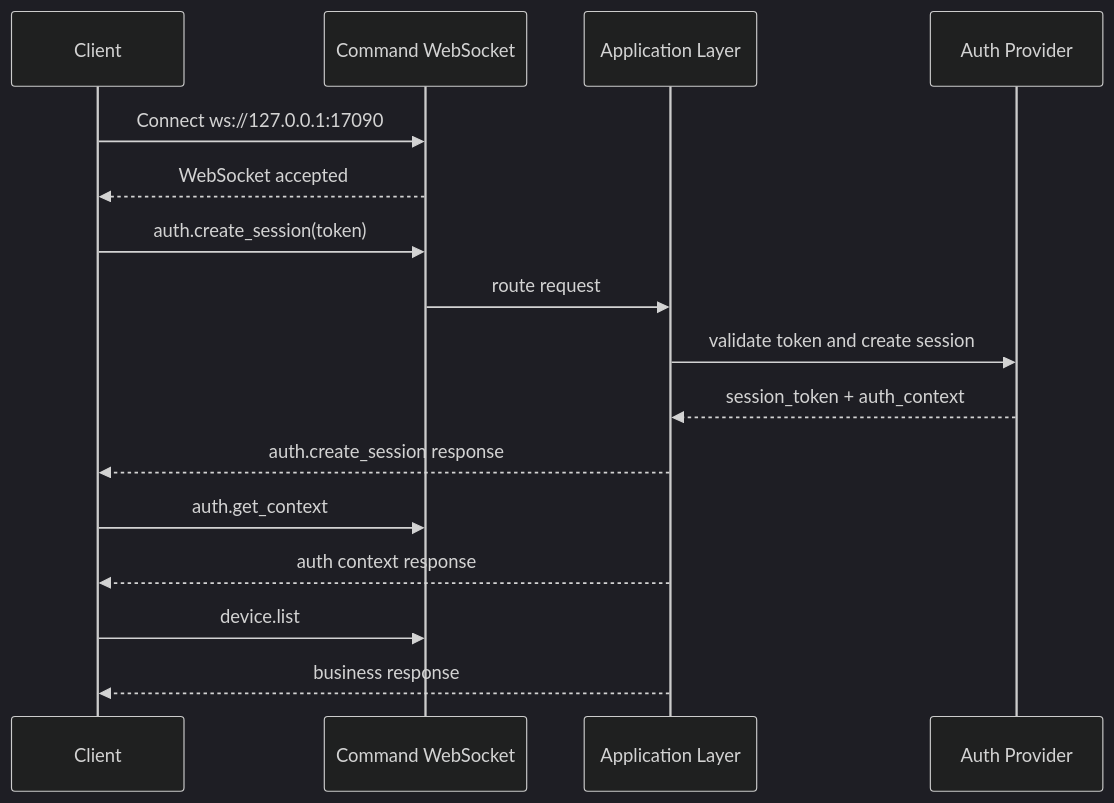
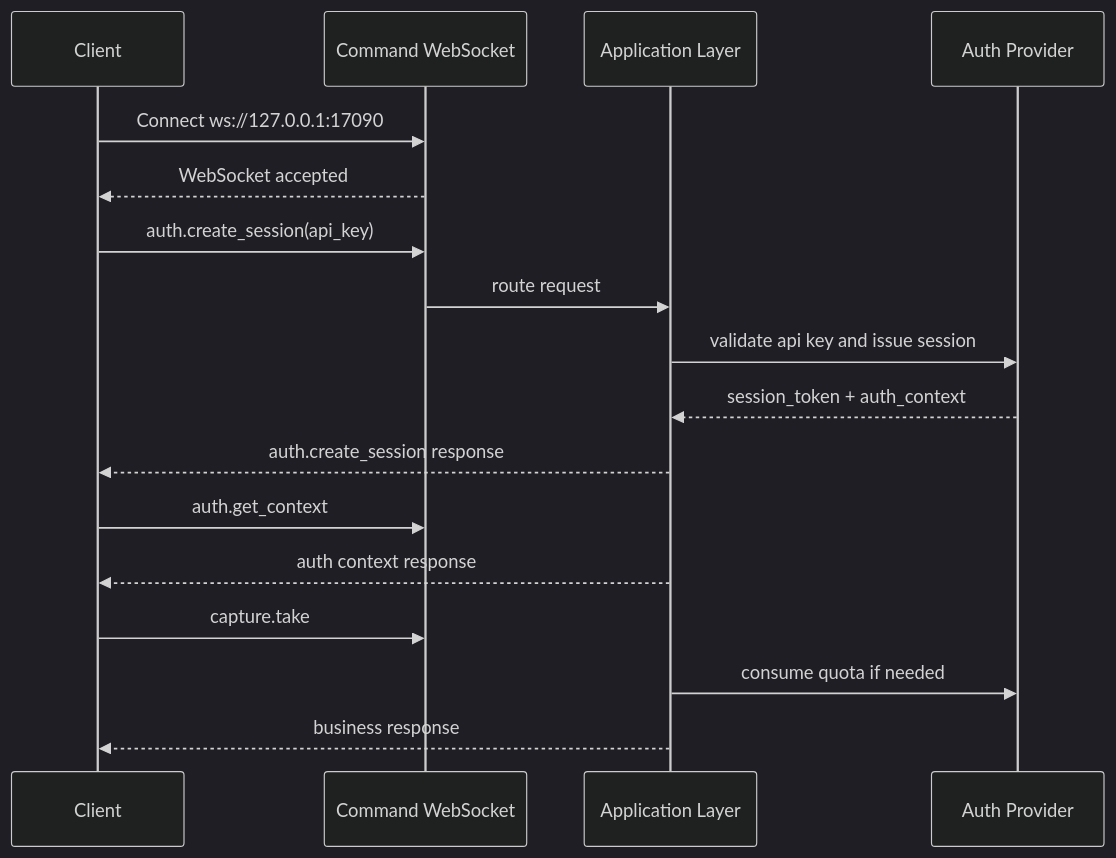
One commit to CZUR-Developer/czur-sdk-open changed the diagram in doc/COMMAND_CHANNEL_FLOW.md. Above: the diagram before and after it, drawn with Mermaid (dark theme). The commit also changed other lines of this file and 9 other files, not shown here.

````diff
--- a/doc/COMMAND_CHANNEL_FLOW.md
+++ b/doc/COMMAND_CHANNEL_FLOW.md
@@ -238,19 +272,20 @@
 ```mermaid
 sequenceDiagram
     participant Client
     participant CommandWS as Command WebSocket
     participant App as Application Layer
     participant Auth as Auth Provider
 
     Client->>CommandWS: Connect ws://127.0.0.1:17090
     CommandWS-->>Client: WebSocket accepted
-    Client->>CommandWS: auth.create_session(token)
+    Client->>CommandWS: auth.create_session(api_key)
     CommandWS->>App: route request
-    App->>Auth: validate token and create session
+    App->>Auth: validate api key and issue session
     Auth-->>App: session_token + auth_context
     App-->>Client: auth.create_session response
     Client->>CommandWS: auth.get_context
     App-->>Client: auth context response
-    Client->>CommandWS: device.list
+    Client->>CommandWS: capture.take
+    App->>Auth: consume quota if needed
     App-->>Client: business response
 ```
````
